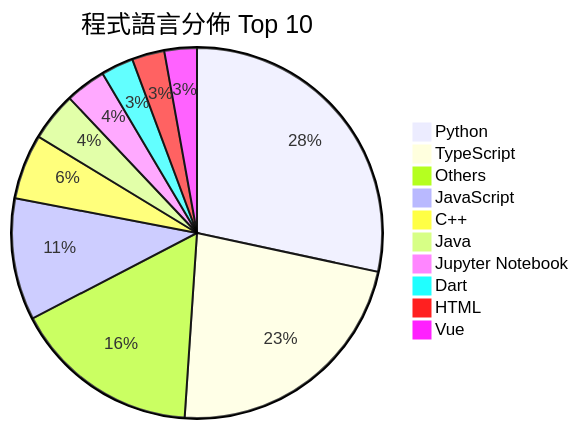
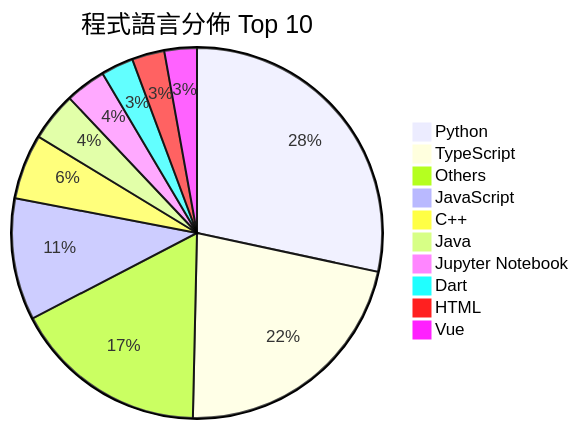
One commit to Andy87877/GitHub-Star-Manager changed the second of 2 diagrams in README.md. Above: the diagram before and after it, drawn with Mermaid. The commit also changed other lines of this file and 3 other files, not shown here.

````diff
--- a/README.md
+++ b/README.md
@@ -27,13 +27,13 @@
 ```mermaid
 pie title 程式語言分佈 Top 10
     "Python" : 40
-    "TypeScript" : 32
-    "Others" : 23
+    "TypeScript" : 31
+    "Others" : 24
     "JavaScript" : 15
     "C++" : 8
     "Java" : 6
     "Jupyter Notebook" : 5
     "Dart" : 4
     "HTML" : 4
     "Vue" : 4
 ```
````
